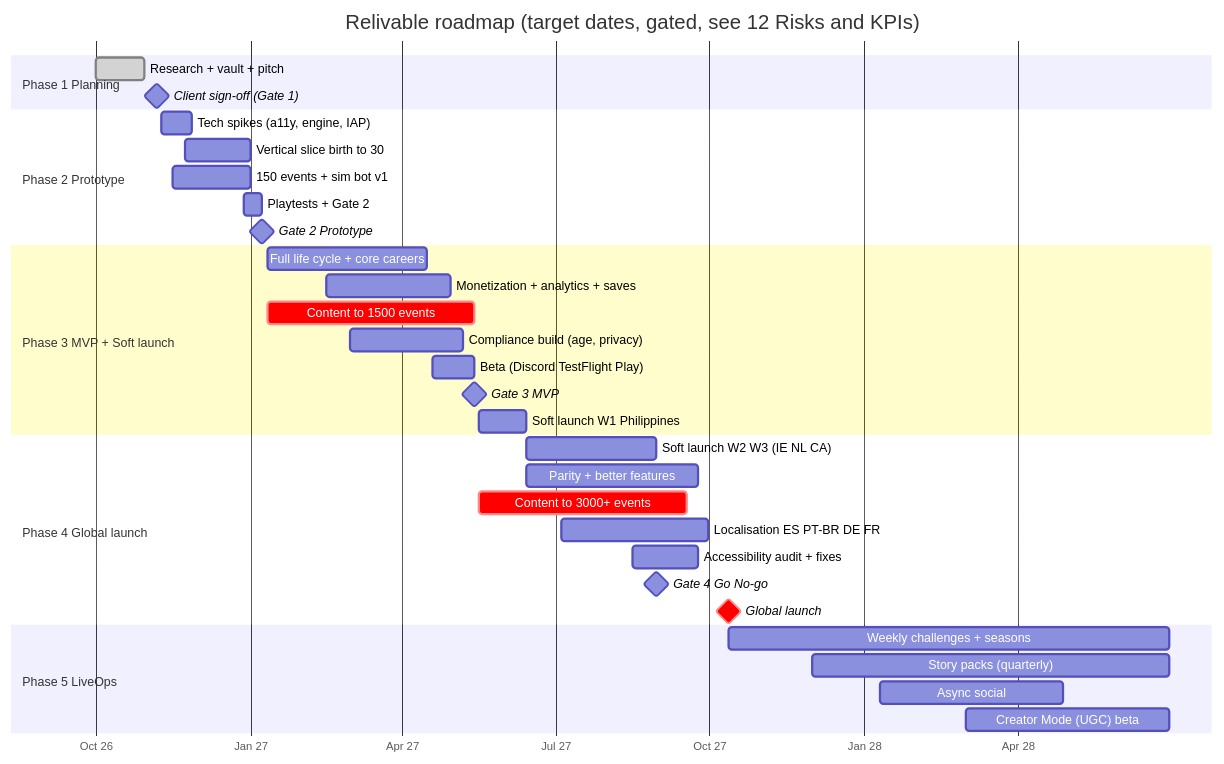
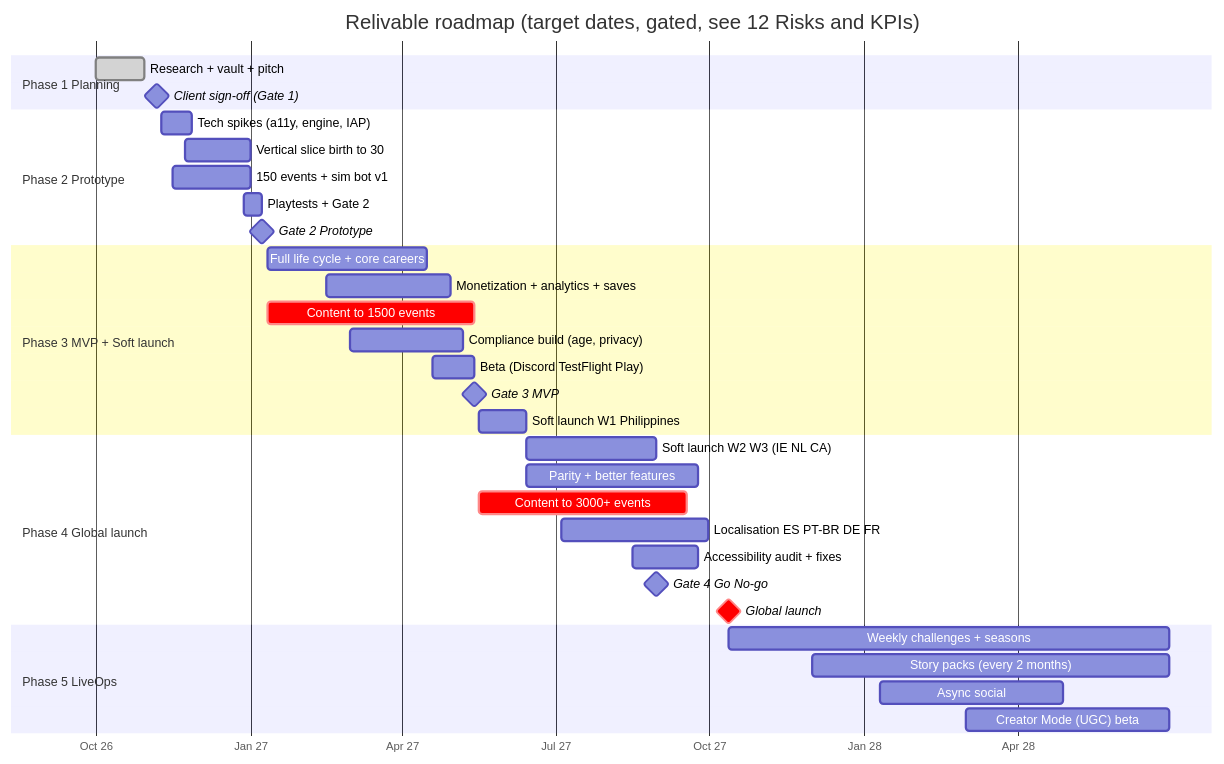
One commit to ZWITG/agent-weave-workbench changed the diagram in docs/phase-1/11 Roadmap Team and Budget.md. Above: the diagram before and after it, drawn with Mermaid. The commit also changed other lines of this file and 16 other files, not shown here.

````diff
--- a/docs/phase-1/11 Roadmap Team and Budget.md
+++ b/docs/phase-1/11 Roadmap Team and Budget.md
@@ -28,36 +31,36 @@
 ```mermaid
 gantt
   title Relivable roadmap (target dates, gated, see 12 Risks and KPIs)
   dateFormat YYYY-MM-DD
   axisFormat %b %y
   section Phase 1 Planning
   Research + vault + pitch          :done, p1, 2026-10-01, 2026-10-30
   Client sign-off (Gate 1)          :milestone, g1, 2026-11-06, 0d
   section Phase 2 Prototype
   Tech spikes (a11y, engine, IAP)   :p2a, 2026-11-09, 2026-11-27
   Vertical slice birth to 30        :p2b, 2026-11-23, 2027-01-01
   150 events + sim bot v1           :p2c, 2026-11-16, 2027-01-01
   Playtests + Gate 2                :p2d, 2026-12-28, 2027-01-08
   Gate 2 Prototype                  :milestone, g2, 2027-01-08, 0d
   section Phase 3 MVP + Soft launch
   Full life cycle + core careers    :p3a, 2027-01-11, 2027-04-16
   Monetization + analytics + saves  :p3b, 2027-02-15, 2027-04-30
   Content to 1500 events            :crit, p3c, 2027-01-11, 2027-05-14
   Compliance build (age, privacy)   :p3d, 2027-03-01, 2027-05-07
   Beta (Discord TestFlight Play)    :p3e, 2027-04-19, 2027-05-14
   Gate 3 MVP                        :milestone, g3, 2027-05-14, 0d
   Soft launch W1 Philippines        :p3f, 2027-05-17, 2027-06-14
   section Phase 4 Global launch
   Soft launch W2 W3 (IE NL CA)      :p4a, 2027-06-14, 2027-08-30
   Parity + better features          :p4b, 2027-06-14, 2027-09-24
   Content to 3000+ events           :crit, p4c, 2027-05-17, 2027-09-17
   Localisation ES PT-BR DE FR       :p4d, 2027-07-05, 2027-09-30
   Accessibility audit + fixes       :p4e, 2027-08-16, 2027-09-24
   Gate 4 Go No-go                   :milestone, g4, 2027-08-30, 0d
   Global launch                     :milestone, crit, l1, 2027-10-12, 0d
   section Phase 5 LiveOps
   Weekly challenges + seasons       :p5a, 2027-10-12, 2028-06-30
-  Story packs (quarterly)           :p5b, 2027-12-01, 2028-06-30
+  Story packs (every 2 months)      :p5b, 2027-12-01, 2028-06-30
   Async social                      :p5c, 2028-01-10, 2028-04-28
   Creator Mode (UGC) beta           :p5d, 2028-03-01, 2028-06-30
 ```
````
